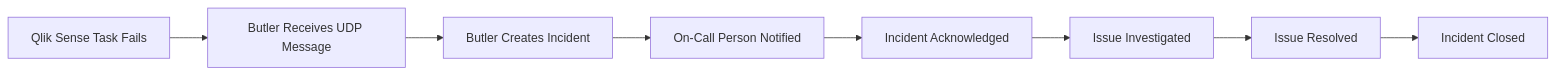
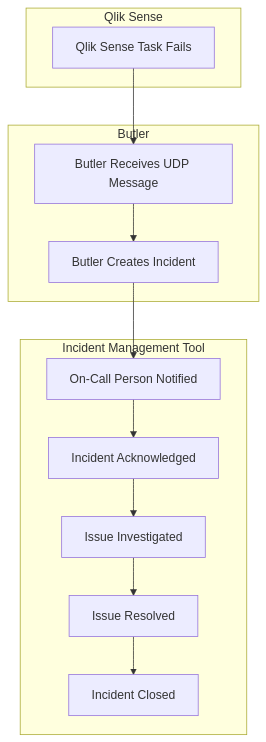
The first of 2 diagrams in vitepress-site/docs/docs/concepts/incident-management/index.md (ptarmiganlabs/butler-docs), drawn with Mermaid before and after one commit. The commit also changed other lines of this file and 14 other files, not shown here.

````diff
--- a/vitepress-site/docs/docs/concepts/incident-management/index.md
+++ b/vitepress-site/docs/docs/concepts/incident-management/index.md
@@ -59,10 +59,27 @@
 ```mermaid
-graph LR
-    A[Qlik Sense Task Fails] --> B[Butler Receives UDP Message]
-    B --> C[Butler Creates Incident]
-    C --> D[On-Call Person Notified]
-    D --> E[Incident Acknowledged]
-    E --> F[Issue Investigated]
-    F --> G[Issue Resolved]
-    G --> H[Incident Closed]
+graph TD
+    subgraph QS["Qlik Sense"]
+        A[Qlik Sense Task Fails]
+    end
+
+    subgraph Butler["Butler"]
+        B[Butler Receives UDP Message]
+        C[Butler Creates Incident]
+    end
+
+    subgraph IM["Incident Management Tool"]
+        D[On-Call Person Notified]
+        E[Incident Acknowledged]
+        F[Issue Investigated]
+        G[Issue Resolved]
+        H[Incident Closed]
+    end
+
+    A --> B
+    B --> C
+    C --> D
+    D --> E
+    E --> F
+    F --> G
+    G --> H
 ```
````
